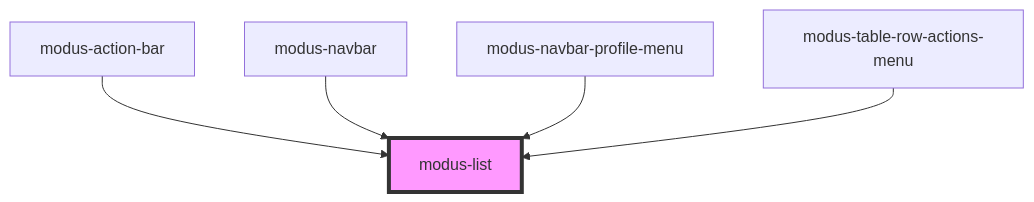
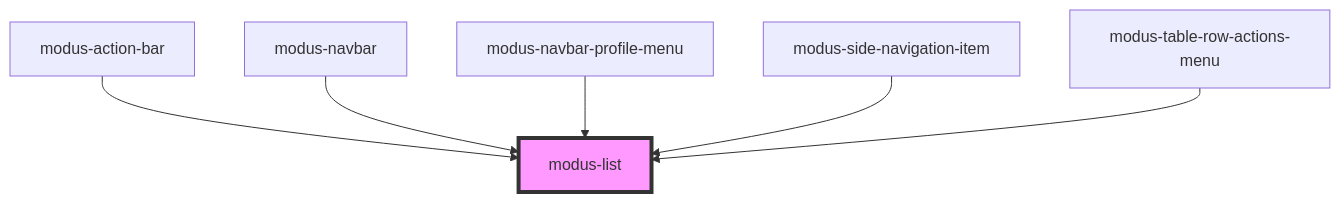
The diagram in stencil-workspace/src/components/modus-list/readme.md (trimble-oss/modus-web-components), drawn with Mermaid before and after one commit. The commit also changed other lines of this file and 8 other files, not shown here.

````diff
--- a/stencil-workspace/src/components/modus-list/readme.md
+++ b/stencil-workspace/src/components/modus-list/readme.md
@@ -25,8 +26,9 @@
 ```mermaid
 graph TD;
   modus-action-bar --> modus-list
   modus-navbar --> modus-list
   modus-navbar-profile-menu --> modus-list
+  modus-side-navigation-item --> modus-list
   modus-table-row-actions-menu --> modus-list
   style modus-list fill:#f9f,stroke:#333,stroke-width:4px
 ```
````
